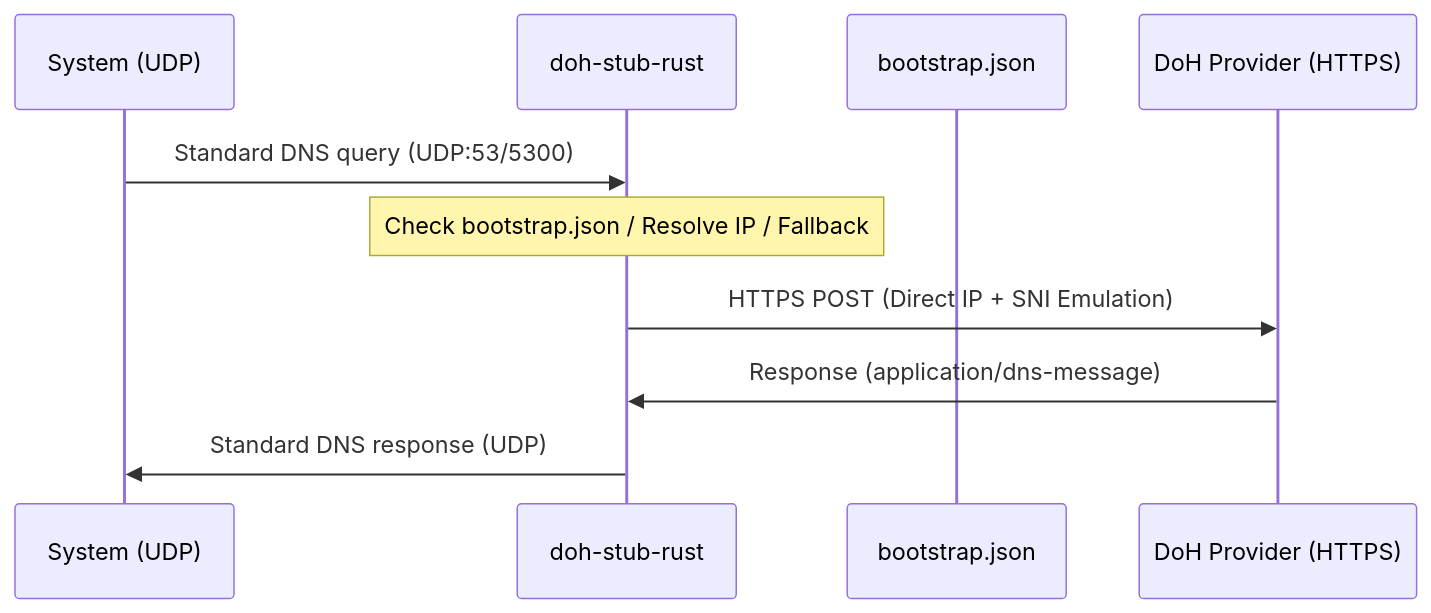
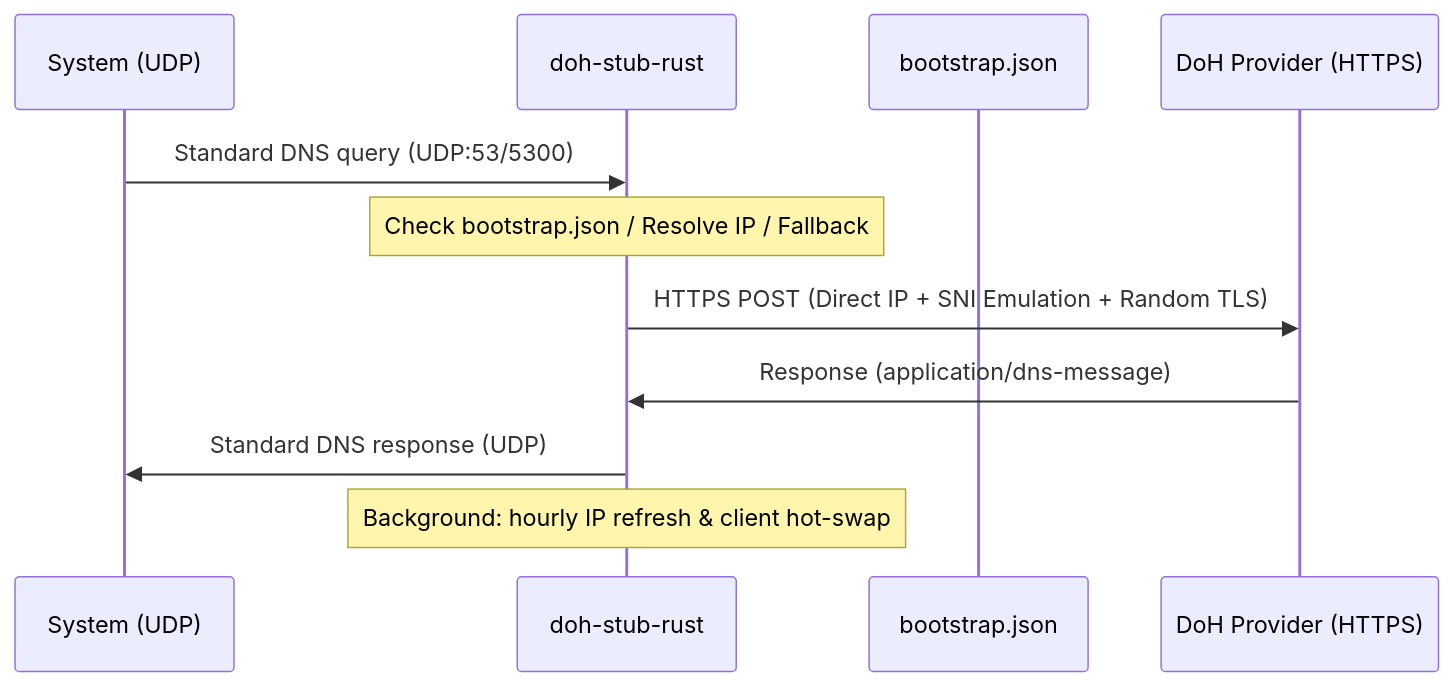
One commit to 3Radiance/doh-stub-rust changed the diagram in README.md. Above: the diagram before and after it, drawn with Mermaid. The commit also changed other lines of this file and 1 other file, not shown here.

````diff
--- a/README.md
+++ b/README.md
@@ -12,13 +12,14 @@
 ```mermaid
 sequenceDiagram
     participant OS as System (UDP)
     participant Stub as doh-stub-rust
     participant JSON as bootstrap.json
     participant DoH as DoH Provider (HTTPS)
 
     OS->>Stub: Standard DNS query (UDP:53/5300)
     Note over Stub: Check bootstrap.json / Resolve IP / Fallback
-    Stub->>DoH: HTTPS POST (Direct IP + SNI Emulation)
+    Stub->>DoH: HTTPS POST (Direct IP + SNI Emulation + Random TLS)
     DoH->>Stub: Response (application/dns-message)
     Stub->>OS: Standard DNS response (UDP)
+    Note over Stub: Background: hourly IP refresh & client hot-swap
 ```
````
